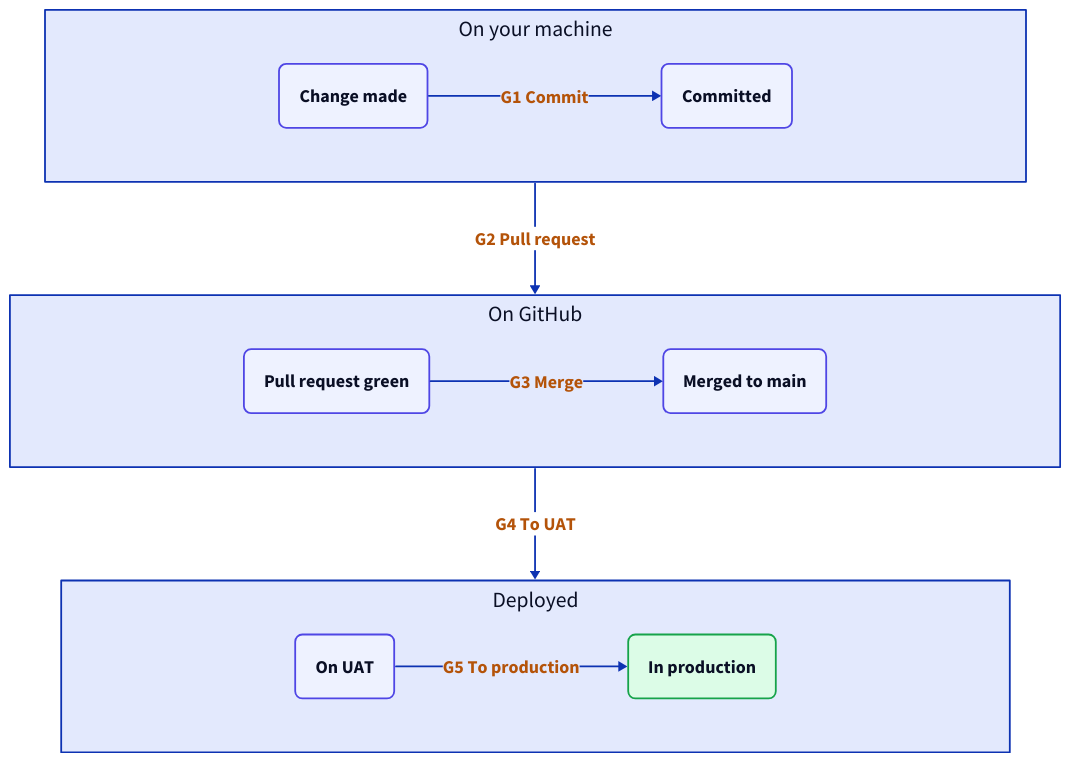
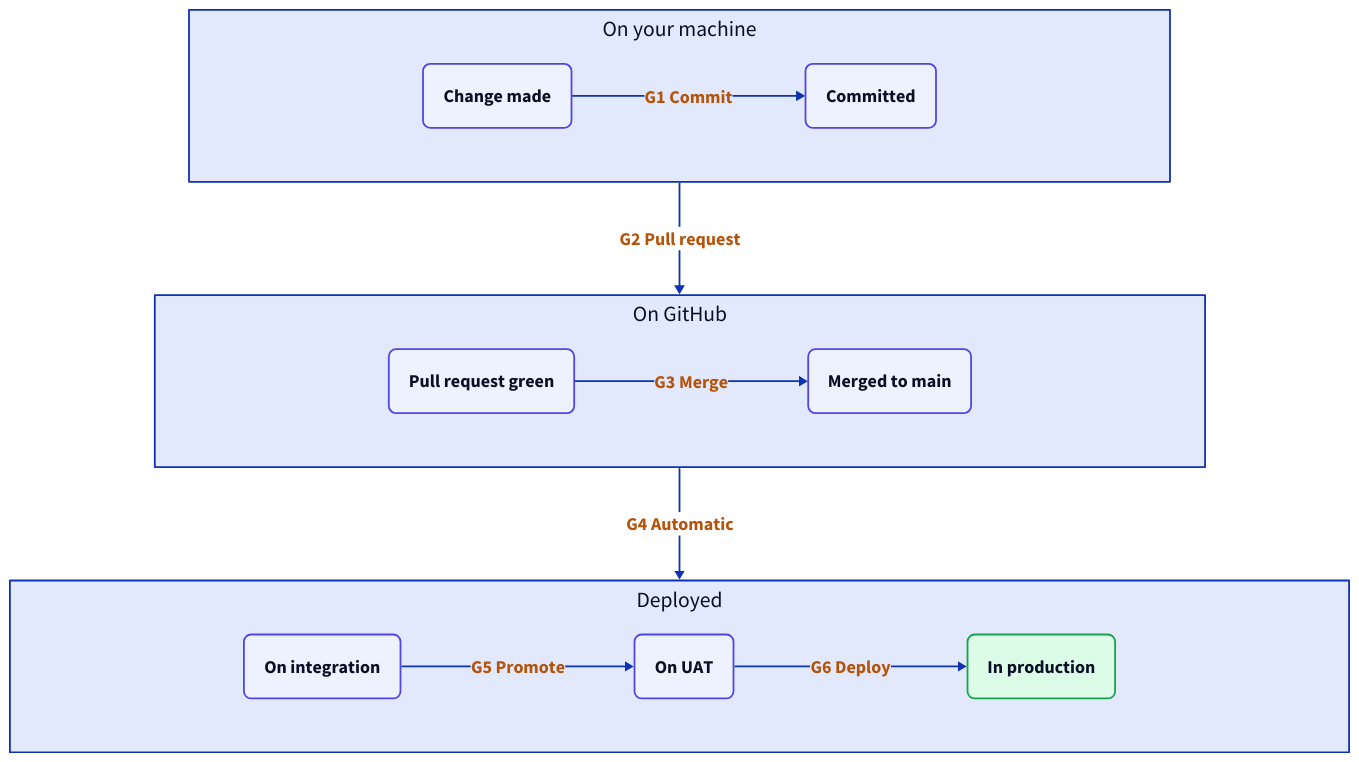
One commit to kasey-purvor/skills changed the diagram in set-up-sdlc/example_pipeline.d2. Above: the diagram before and after it, drawn with D2. The commit also changed 3 other files, not shown here.

```diff
--- a/set-up-sdlc/example_pipeline.d2
+++ b/set-up-sdlc/example_pipeline.d2
@@ -1,60 +1,62 @@
-# The route a change takes and its five gates, for AGENTS-example.md.
+# The route a change takes and its six gates, for AGENTS-example.md.
 # Render to example_pipeline.png (layout elk, pad 40) whenever this changes.
 direction: down
 
 classes: {
   station: {
     style: {
       fill: "#eef2ff"
       stroke: "#4f46e5"
       border-radius: 8
       font-size: 20
     }
   }
   finish: {
     style: {
       fill: "#dcfce7"
       stroke: "#16a34a"
       border-radius: 8
       font-size: 20
     }
   }
   gate: {
     style: {
       font-size: 20
       font-color: "#b45309"
       bold: true
       italic: false
     }
   }
 }
 
 local: On your machine {
   grid-rows: 1
   horizontal-gap: 260
   style.font-size: 24
   change: Change made {class: station}
   commit: Committed {class: station}
   change -> commit: G1 Commit {class: gate}
 }
 
 github: On GitHub {
   grid-rows: 1
   horizontal-gap: 260
   style.font-size: 24
   pr: Pull request green {class: station}
   merged: Merged to main {class: station}
   pr -> merged: G3 Merge {class: gate}
 }
 
 deployed: Deployed {
   grid-rows: 1
   horizontal-gap: 260
   style.font-size: 24
+  integ: On integration {class: station}
   uat: On UAT {class: station}
   prod: In production {class: finish}
-  uat -> prod: G5 To production {class: gate}
+  integ -> uat: G5 Promote {class: gate}
+  uat -> prod: G6 Deploy {class: gate}
 }
 
 local -> github: G2 Pull request {class: gate}
-github -> deployed: G4 To UAT {class: gate}
+github -> deployed: G4 Automatic {class: gate}
```
